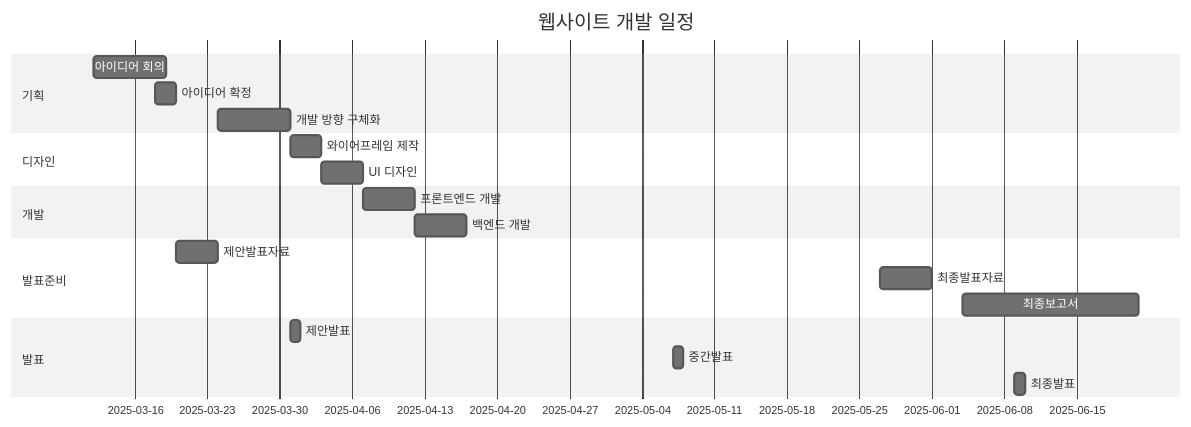
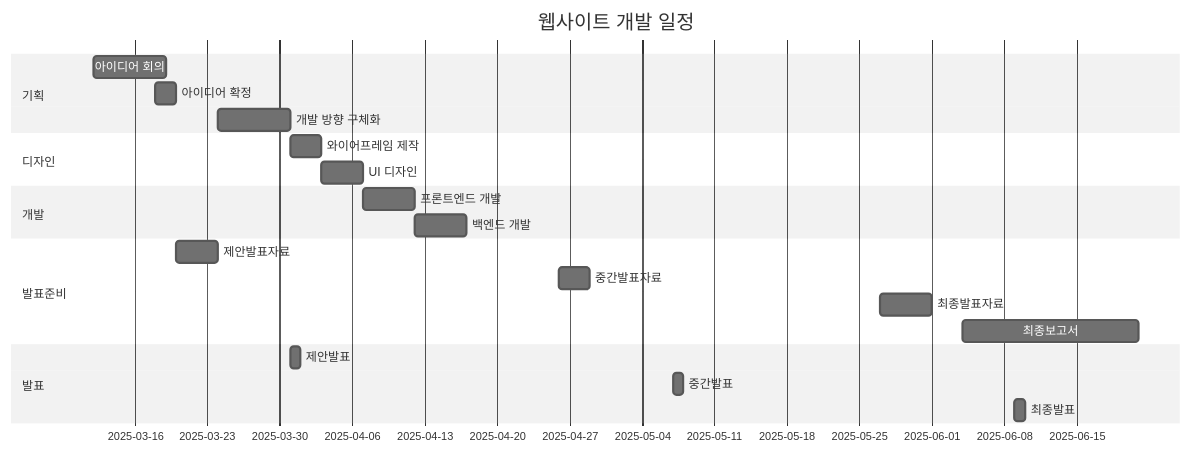
Before and after one commit to Introduction-to-Engineering-Design-13/LOR: the diagram in project-plan.md, drawn with Mermaid (neutral theme).

````diff
--- a/project-plan.md
+++ b/project-plan.md
@@ -1,29 +1,30 @@
 ```mermaid
 gantt
     title 웹사이트 개발 일정
     dateFormat  YYYY-MM-DD
 
     section 기획
     아이디어 회의      :a1, 2025-03-12, 7d
     아이디어 확정      :a2, 2025-03-18, 2d
     개발 방향 구체화    :a3, after d1, 7d
 
     section 디자인
     와이어프레임 제작   :b1, after a3, 3d
     UI 디자인           :b2, after b1, 4d
     
     section 개발
     프론트엔드 개발     :c1, after b2, 5d
     백엔드 개발         :c2, after c1, 5d
 
     section 발표준비
-    제안발표자료        :d1,    after a2    ,4d
-    최종발표자료        :d2,    2025-05-27,    5d
-    최종보고서          :d3,    2025-06-04,    17d
+    제안발표자료        :d1,    after a2,      4d
+    중간발표자료        :d2,    2025-04-26,    3d
+    최종발표자료        :d3,    2025-05-27,    5d
+    최종보고서          :d4,    2025-06-04,    17d
 
     section 발표
     제안발표            :e1,    2025-03-31,    1d 
     중간발표            :e2,    2025-05-07,    1d
     최종발표            :e3,    2025-06-09,    1d
 
 ```
````
